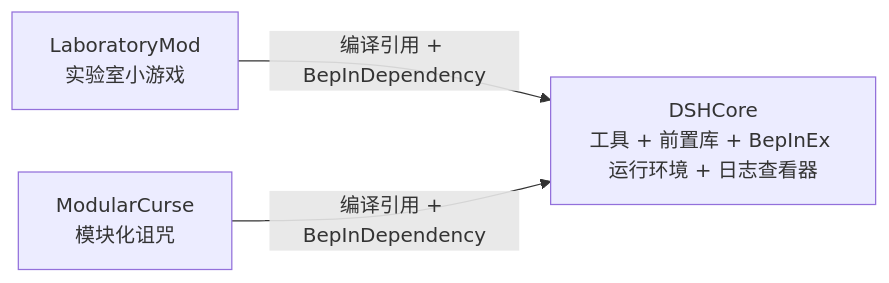
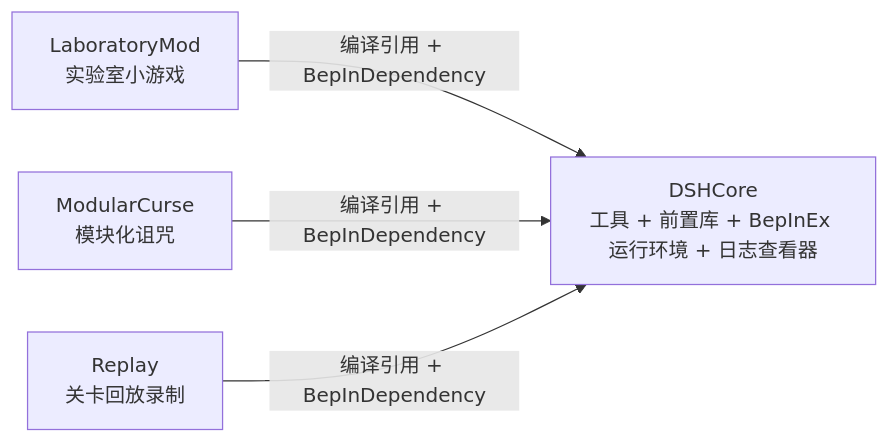
The diagram in readme.md (Alhugh233/MVZ2Mod), drawn with Mermaid before and after one commit. The commit also changed other lines of this file and 52 other files, not shown here.

````diff
--- a/readme.md
+++ b/readme.md
@@ -29,8 +30,10 @@
 ```mermaid
 flowchart LR
     C["DSHCore<br/>工具 + 前置库 + BepInEx 运行环境 + 日志查看器"]
     L["LaboratoryMod<br/>实验室小游戏"]
     M["ModularCurse<br/>模块化诅咒"]
+    R["Replay<br/>关卡回放录制"]
     L -->|编译引用 + BepInDependency| C
     M -->|编译引用 + BepInDependency| C
+    R -->|编译引用 + BepInDependency| C
 ```
````
